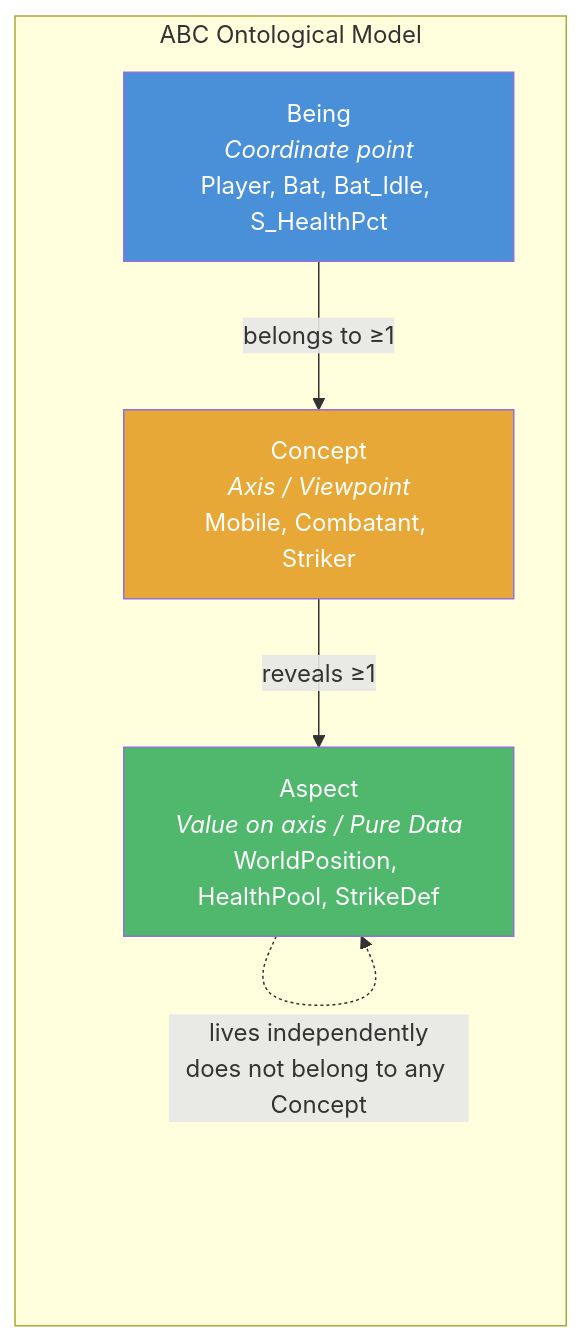
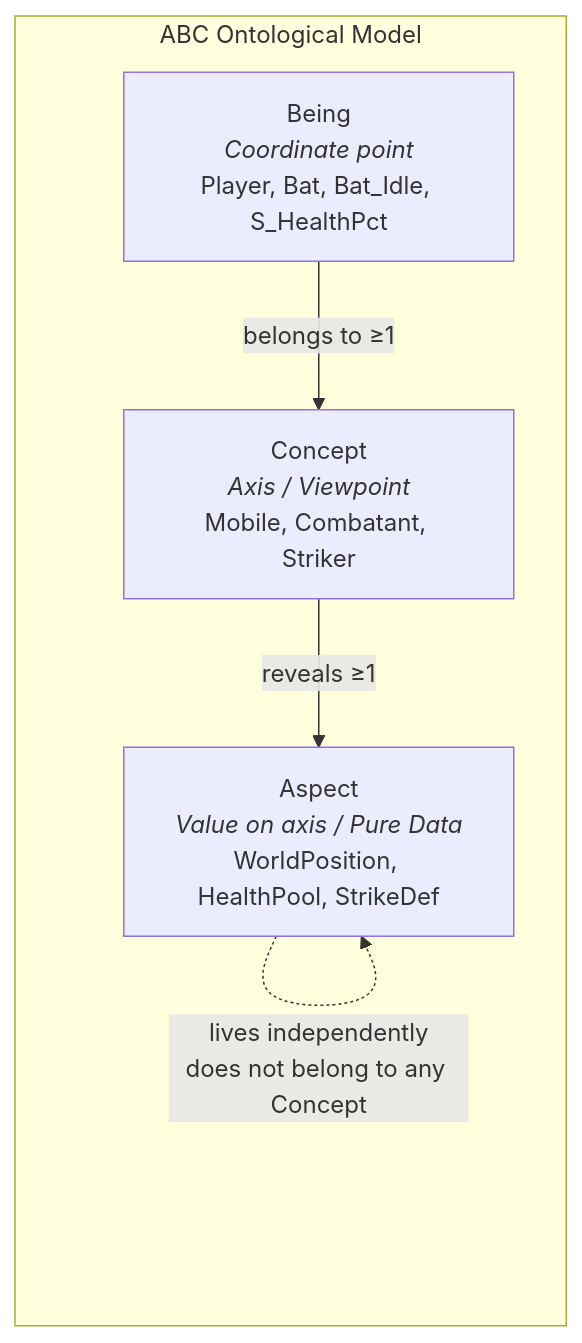
The fourth of 21 diagrams in src/content/articles/another-way-to-engineer-a-game.md (fm39hz/fm39hz-blogs), drawn with Mermaid before and after one commit. The commit also changed other lines of this file, not shown here.

````diff
--- a/src/content/articles/another-way-to-engineer-a-game.md
+++ b/src/content/articles/another-way-to-engineer-a-game.md
@@ -124,17 +126,13 @@
 ```mermaid
 graph TB
     subgraph Ontology["ABC Ontological Model"]
         direction TB
         B["Being<br/><i>Coordinate point</i><br/>Player, Bat, Bat_Idle, S_HealthPct"]
         C["Concept<br/><i>Axis / Viewpoint</i><br/>Mobile, Combatant, Striker"]
         A["Aspect<br/><i>Value on axis / Pure Data</i><br/>WorldPosition, HealthPool, StrikeDef"]
     end
 
     B -- "belongs to ≥1" --> C
     C -- "reveals ≥1" --> A
     A -. "lives independently<br/>does not belong to any Concept" .-> A
-
-    style B fill:#4a90d9,color:#fff
-    style C fill:#e8a838,color:#fff
-    style A fill:#50b86c,color:#fff
 ```
````
